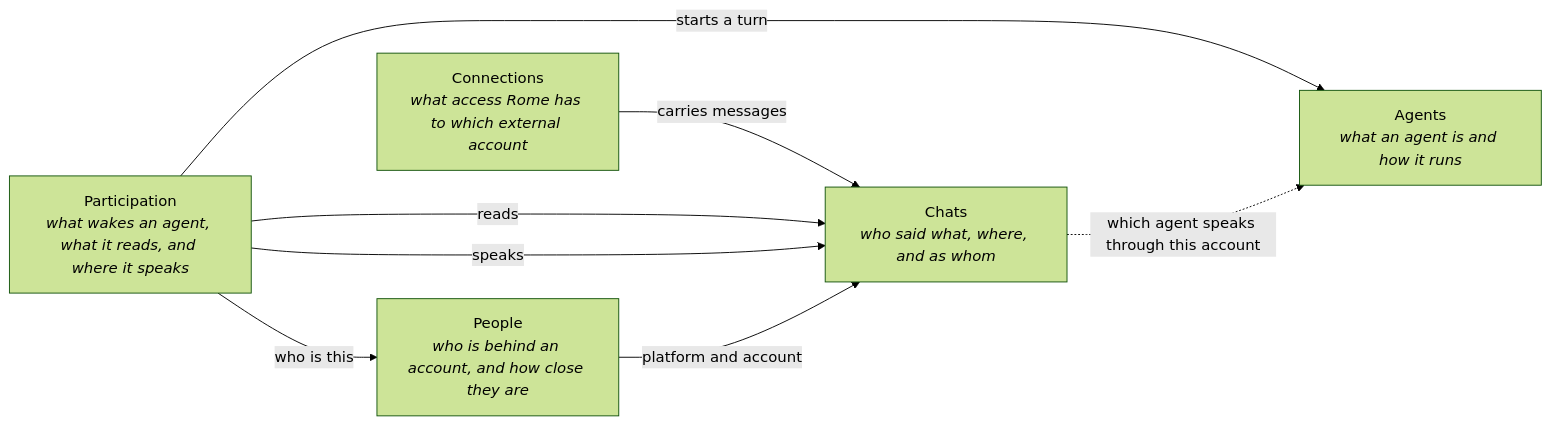
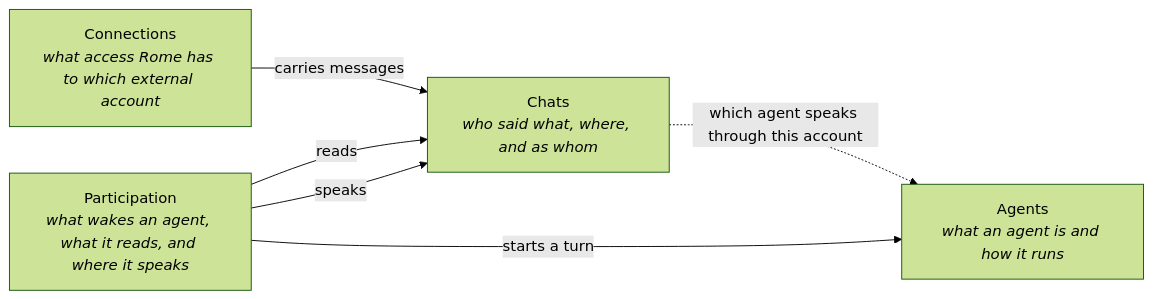
Before and after one commit to rome-os/rome: the diagram in docs/domains/README.md, drawn with Mermaid (forest theme). The commit also changed other lines of this file and 68 other files, not shown here.

````diff
--- a/docs/domains/README.md
+++ b/docs/domains/README.md
@@ -19,15 +18,12 @@
 ```mermaid
 flowchart LR
     Connections["Connections<br/><i>what access Rome has to which external account</i>"]
     Chats["Chats<br/><i>who said what, where, and as whom</i>"]
     Participation["Participation<br/><i>what wakes an agent, what it reads, and where it speaks</i>"]
     Agents["Agents<br/><i>what an agent is and how it runs</i>"]
-    People["People<br/><i>who is behind an account, and how close they are</i>"]
     Connections -- carries messages --> Chats
     Participation -- reads --> Chats
     Participation -- speaks --> Chats
     Participation -- starts a turn --> Agents
     Chats -. which agent speaks through this account .-> Agents
-    People -- platform and account --> Chats
-    Participation -- who is this --> People
 ```
````
